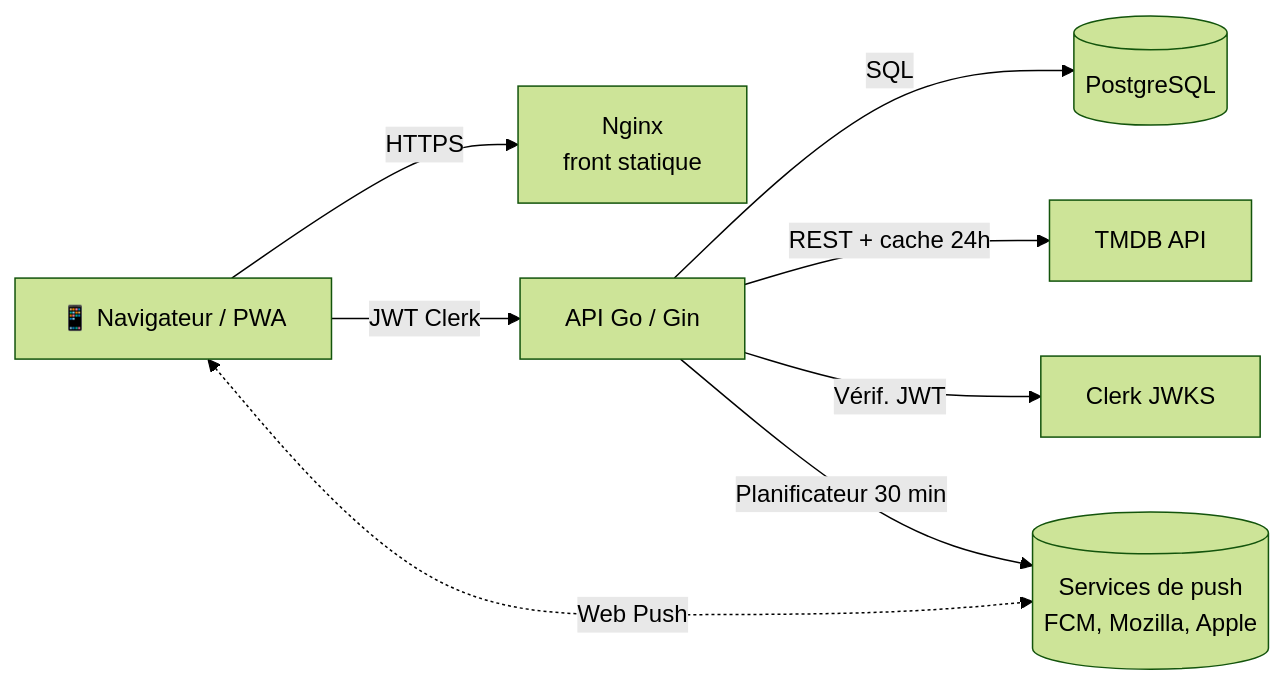
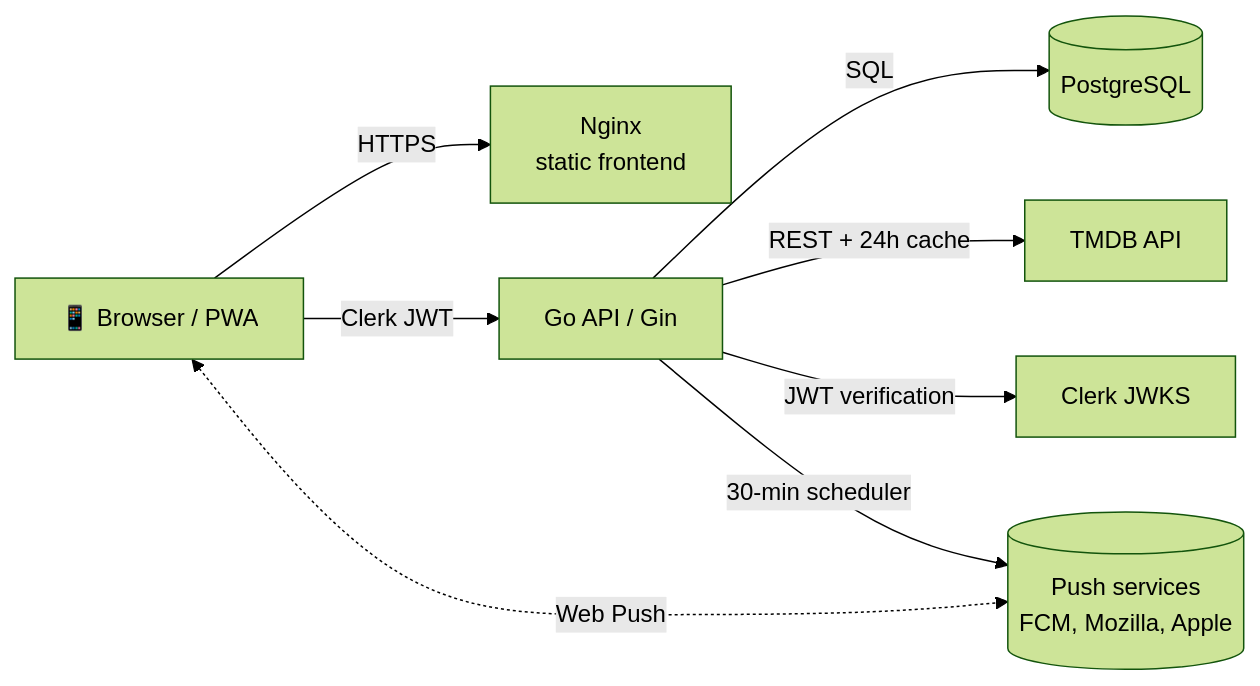
One commit to Fredray21/my-tvtime changed the diagram in README.md. Above: the diagram before and after it, drawn with Mermaid (forest theme). The commit also changed other lines of this file and 10 other files, not shown here.

````diff
--- a/README.md
+++ b/README.md
@@ -91,10 +126,10 @@
 ```mermaid
 flowchart LR
-    U[📱 Navigateur / PWA] -->|HTTPS| W[Nginx<br/>front statique]
-    U -->|JWT Clerk| A[API Go / Gin]
-    U <-.->|Web Push| P[(Services de push<br/>FCM, Mozilla, Apple)]
+    U[📱 Browser / PWA] -->|HTTPS| W[Nginx<br/>static frontend]
+    U -->|Clerk JWT| A[Go API / Gin]
+    U <-.->|Web Push| P[(Push services<br/>FCM, Mozilla, Apple)]
     A -->|SQL| D[(PostgreSQL)]
-    A -->|REST + cache 24h| T[TMDB API]
-    A -->|Vérif. JWT| C[Clerk JWKS]
-    A -->|Planificateur 30 min| P
+    A -->|REST + 24h cache| T[TMDB API]
+    A -->|JWT verification| C[Clerk JWKS]
+    A -->|30-min scheduler| P
 ```
````
